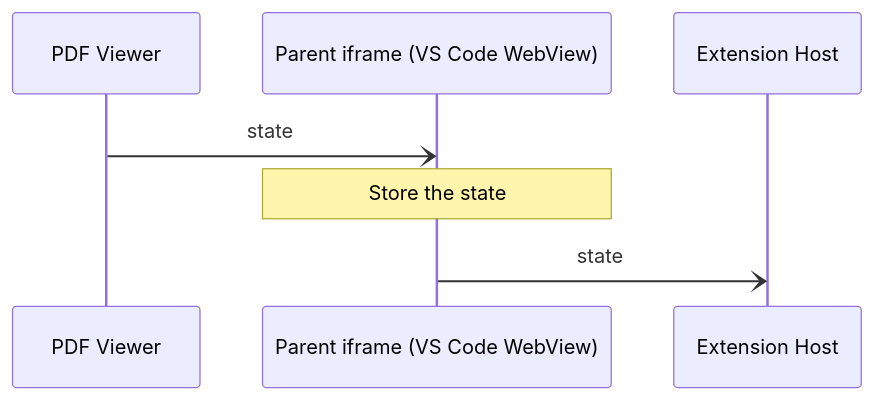
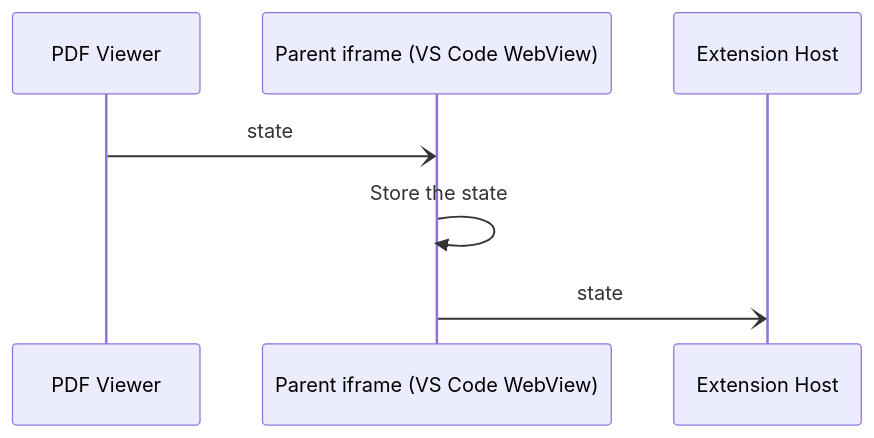
The sixth of 7 diagrams in viewer/README.md (James-Yu/LaTeX-Workshop), drawn with Mermaid before and after one commit. The commit also changed other lines of this file, not shown here.

Commit message:
Edit diagrams [skip ci]

````diff
--- a/viewer/README.md
+++ b/viewer/README.md
@@ -148,9 +148,9 @@
 ```mermaid
 sequenceDiagram
   participant Viewer as PDF Viewer
   participant Iframe as Parent iframe (VS Code WebView)
   participant ExtensionHost as Extension Host
   Viewer-)Iframe: state
-  Note over Iframe: Store the state
+  Iframe->>Iframe: Store the state
   Iframe-)ExtensionHost: state
 ```
````
